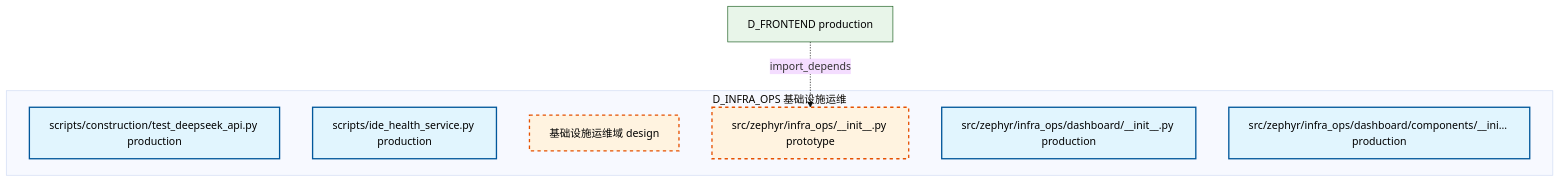
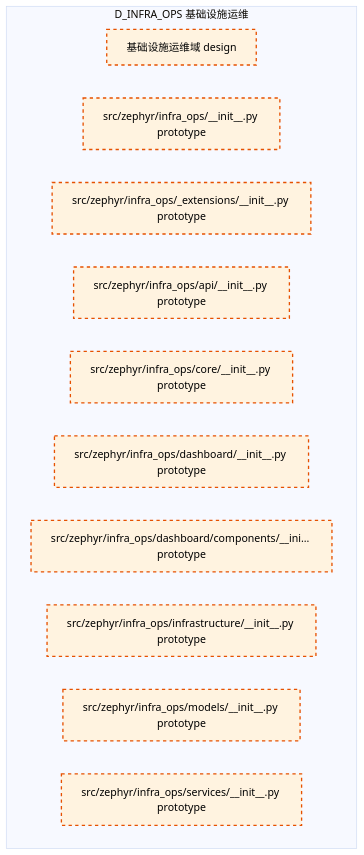
One commit to xuanFelixVan/ZephyrAlpha changed the diagram in docs/02_enterprise_architecture/02_domain_architecture_docs/02_d_infra_ops.md. Above: the diagram before and after it, drawn with Mermaid (base theme). The commit also changed other lines of this file and 105 other files, not shown here.

````diff
--- a/docs/02_enterprise_architecture/02_domain_architecture_docs/02_d_infra_ops.md
+++ b/docs/02_enterprise_architecture/02_domain_architecture_docs/02_d_infra_ops.md
@@ -47,20 +47,20 @@
 ```mermaid
 graph TD
     subgraph D_INFRA_OPS["D_INFRA_OPS 基础设施运维"]
-        scripts_construction_test_deepseek_api_py["scripts/construction/test_deepseek_api.py production"]
-        scripts_ide_health_service_py["scripts/ide_health_service.py production"]
         src_zephyr_infra_ops["基础设施运维域 design"]
         src_zephyr_infra_ops_init_py["src/zephyr/infra_ops/__init__.py prototype"]
-        src_zephyr_infra_ops_dashboard_init_py["src/zephyr/infra_ops/dashboard/__init__.py production"]
-        src_zephyr_infra_ops_dashboard_components_init_py["src/zephyr/infra_ops/dashboard/components/__ini... production"]
+        src_zephyr_infra_ops_extensions_init_py["src/zephyr/infra_ops/_extensions/__init__.py prototype"]
+        src_zephyr_infra_ops_api_init_py["src/zephyr/infra_ops/api/__init__.py prototype"]
+        src_zephyr_infra_ops_core_init_py["src/zephyr/infra_ops/core/__init__.py prototype"]
+        src_zephyr_infra_ops_dashboard_init_py["src/zephyr/infra_ops/dashboard/__init__.py prototype"]
+        src_zephyr_infra_ops_dashboard_components_init_py["src/zephyr/infra_ops/dashboard/components/__ini... prototype"]
+        src_zephyr_infra_ops_infrastructure_init_py["src/zephyr/infra_ops/infrastructure/__init__.py prototype"]
+        src_zephyr_infra_ops_models_init_py["src/zephyr/infra_ops/models/__init__.py prototype"]
+        src_zephyr_infra_ops_services_init_py["src/zephyr/infra_ops/services/__init__.py prototype"]
     end
-    D_FRONTEND["D_FRONTEND production"]
-    D_FRONTEND -.->|import_depends| src_zephyr_infra_ops_init_py
     classDef production fill:#e1f5fe,stroke:#01579b,stroke-width:2px,color:#000
     classDef design fill:#fff3e0,stroke:#e65100,stroke-width:2px,color:#000,stroke-dasharray: 5 5
     classDef external_prod fill:#e8f5e9,stroke:#1b5e20,stroke-width:1px,color:#000
     classDef external_design fill:#fce4ec,stroke:#880e4f,stroke-width:1px,color:#000,stroke-dasharray: 5 5
-    class scripts_construction_test_deepseek_api_py,scripts_ide_health_service_py,src_zephyr_infra_ops_dashboard_init_py,src_zephyr_infra_ops_dashboard_components_init_py production
-    class src_zephyr_infra_ops,src_zephyr_infra_ops_init_py design
-    class D_FRONTEND external_prod
+    class src_zephyr_infra_ops,src_zephyr_infra_ops_init_py,src_zephyr_infra_ops_extensions_init_py,src_zephyr_infra_ops_api_init_py,src_zephyr_infra_ops_core_init_py,src_zephyr_infra_ops_dashboard_init_py,src_zephyr_infra_ops_dashboard_components_init_py,src_zephyr_infra_ops_infrastructure_init_py,src_zephyr_infra_ops_models_init_py,src_zephyr_infra_ops_services_init_py design
 ```
````
